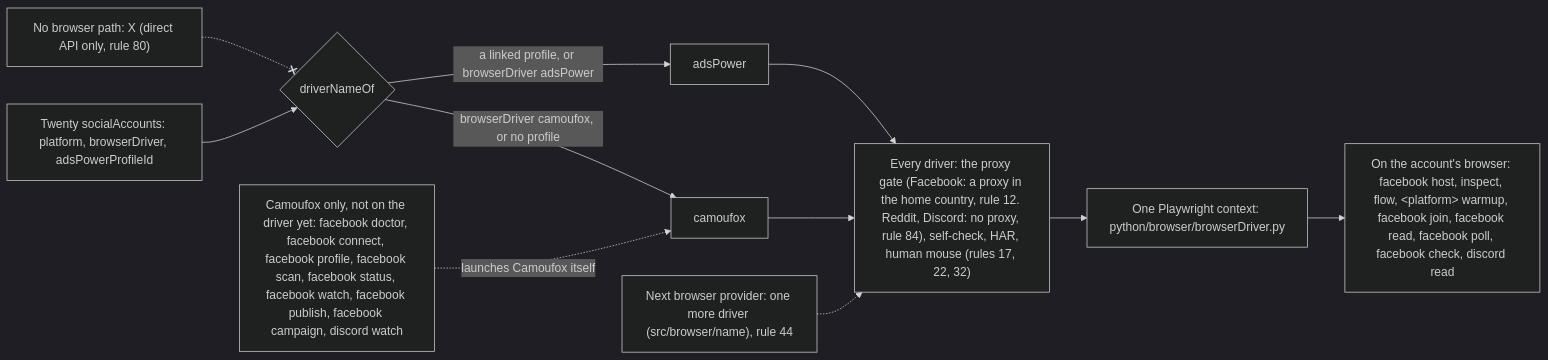
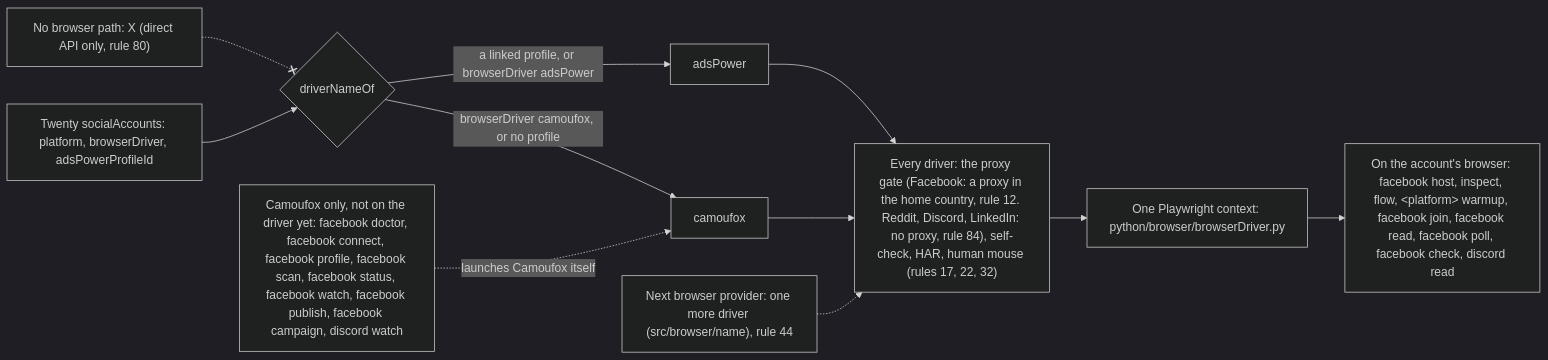
One commit to matthewdonsemail-lab/log changed the second of 6 diagrams in README.md. Above: the diagram before and after it, drawn with Mermaid (dark theme). The commit also changed other lines of this file and 42 other files, not shown here.

````diff
--- a/README.md
+++ b/README.md
@@ -170,19 +177,19 @@
 ```mermaid
 flowchart LR
   twenty["Twenty socialAccounts: platform, browserDriver, adsPowerProfileId"]
   pick{"driverNameOf"}
-  gates["Every driver: the proxy gate (Facebook: a proxy in the home country, rule 12. Reddit, Discord: no proxy, rule 84), self-check, HAR, human mouse (rules 17, 22, 32)"]
+  gates["Every driver: the proxy gate (Facebook: a proxy in the home country, rule 12. Reddit, Discord, LinkedIn: no proxy, rule 84), self-check, HAR, human mouse (rules 17, 22, 32)"]
   session["One Playwright context: python/browser/browserDriver.py"]
   twenty --> pick
   pick -->|"browserDriver camoufox, or no profile"| d_camoufox["camoufox"]
   pick -->|"a linked profile, or browserDriver adsPower"| d_adsPower["adsPower"]
   d_camoufox --> gates
   d_adsPower --> gates
   more["Next browser provider: one more driver (src/browser/name), rule 44"] -.-> gates
   gates --> session
   account["On the account's browser: facebook host, inspect, flow, #lt;platform#gt; warmup, facebook join, facebook read, facebook poll, facebook check, discord read"]
   camoufox["Camoufox only, not on the driver yet: facebook doctor, facebook connect, facebook profile, facebook scan, facebook status, facebook watch, facebook publish, facebook campaign, discord watch"]
   session --> account
   camoufox -.->|"launches Camoufox itself"| d_camoufox
   nobrowser["No browser path: X (direct API only, rule 80)"] -.-x pick
 ```
````
